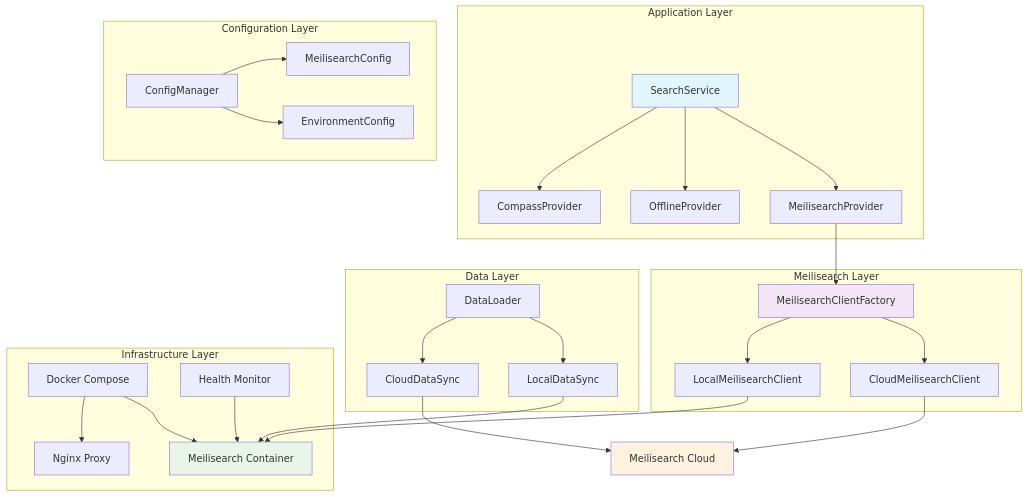
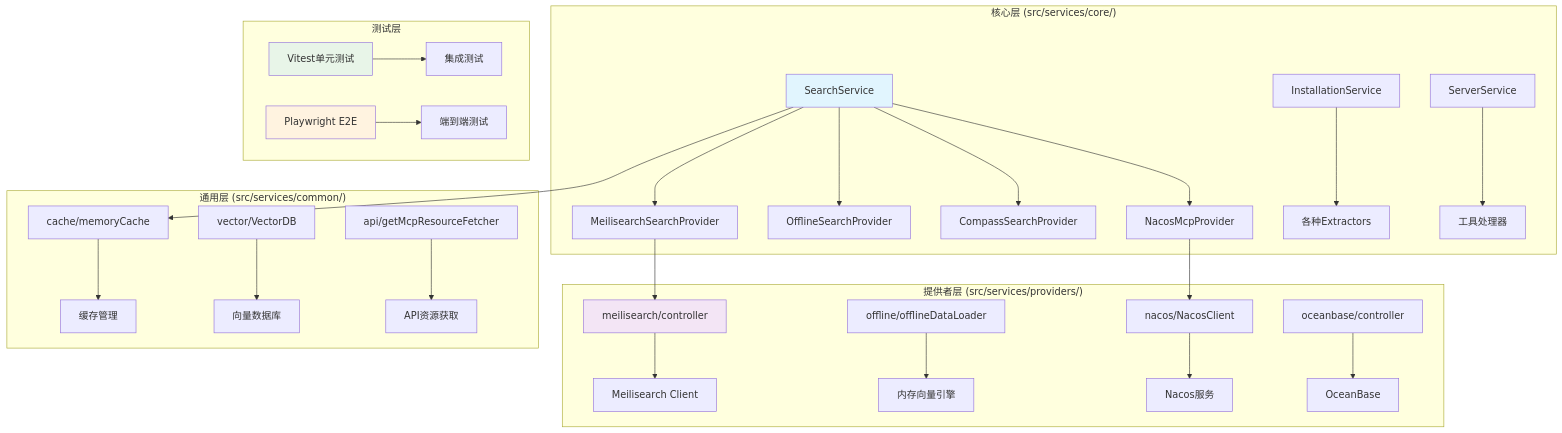
Before and after one commit to OI-OS/OI-mcpadvisor: the first of 3 diagrams in docs/tech/202507/meilisearch-self-hosted-integration.md, drawn with Mermaid. The commit also changed other lines of this file and 20 other files, not shown here.

First line of the commit message:
feat(search): Add comprehensive Meilisearch local integration

````diff
--- a/docs/tech/202507/meilisearch-self-hosted-integration.md
+++ b/docs/tech/202507/meilisearch-self-hosted-integration.md
@@ -18,40 +27,38 @@
 ```mermaid
 graph TB
-    subgraph "Application Layer"
-        A[SearchService] --> B[MeilisearchProvider]
-        A --> C[OfflineProvider]
-        A --> D[CompassProvider]
+    subgraph "核心层 (src/services/core/)"
+        A[SearchService] --> B[MeilisearchSearchProvider]
+        A --> C[OfflineSearchProvider]
+        A --> D[CompassSearchProvider]
+        A --> E[NacosMcpProvider]
+        F[InstallationService] --> G[各种Extractors]
+        H[ServerService] --> I[工具处理器]
     end
     
-    subgraph "Configuration Layer"
-        E[ConfigManager] --> F[MeilisearchConfig]
-        E --> G[EnvironmentConfig]
+    subgraph "提供者层 (src/services/providers/)"
+        J[meilisearch/controller] --> K[Meilisearch Client]
+        L[offline/offlineDataLoader] --> M[内存向量引擎]
+        N[nacos/NacosClient] --> O[Nacos服务]
+        P[oceanbase/controller] --> Q[OceanBase]
     end
     
-    subgraph "Meilisearch Layer"
-        B --> H[MeilisearchClientFactory]
-        H --> I[CloudMeilisearchClient]
-        H --> J[LocalMeilisearchClient]
+    subgraph "通用层 (src/services/common/)"
+        R[cache/memoryCache] --> S[缓存管理]
+        T[vector/VectorDB] --> U[向量数据库]
+        V[api/getMcpResourceFetcher] --> W[API资源获取]
     end
     
-    subgraph "Data Layer"
-        K[DataLoader] --> L[LocalDataSync]
-        K --> M[CloudDataSync]
+    subgraph "测试层"
+        X[Vitest单元测试] --> Y[集成测试]
+        Z[Playwright E2E] --> AA[端到端测试]
     end
     
-    subgraph "Infrastructure Layer"
-        N[Docker Compose] --> O[Meilisearch Container]
-        N --> P[Nginx Proxy]
-        Q[Health Monitor] --> O
-    end
-    
-    I --> R[Meilisearch Cloud]
-    J --> O
-    L --> O
-    M --> R
+    B --> J
+    E --> N
+    A --> R
     
     style A fill:#e1f5fe
-    style H fill:#f3e5f5
-    style O fill:#e8f5e8
-    style R fill:#fff3e0
+    style J fill:#f3e5f5
+    style X fill:#e8f5e8
+    style Z fill:#fff3e0
 ```
````
